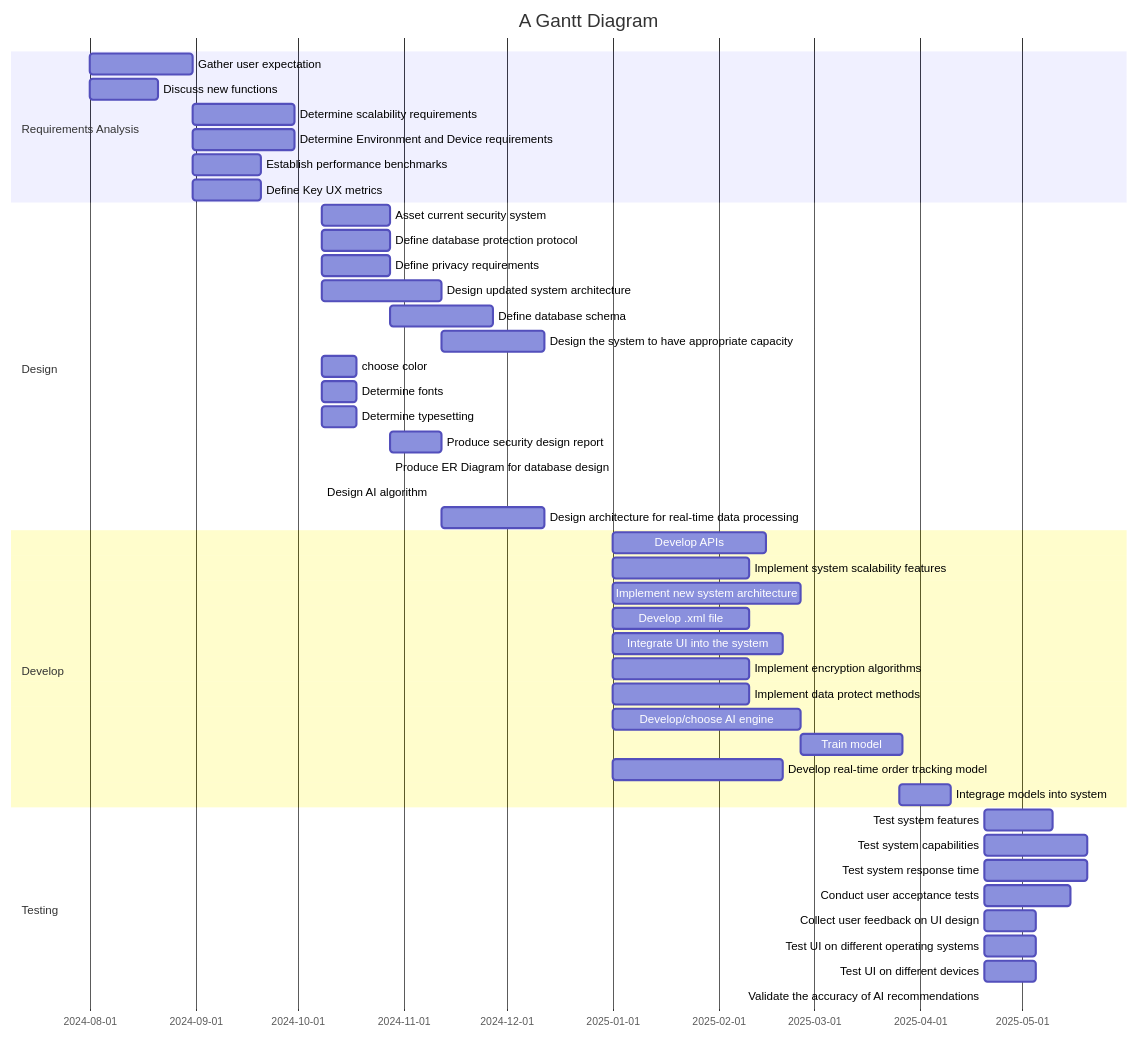
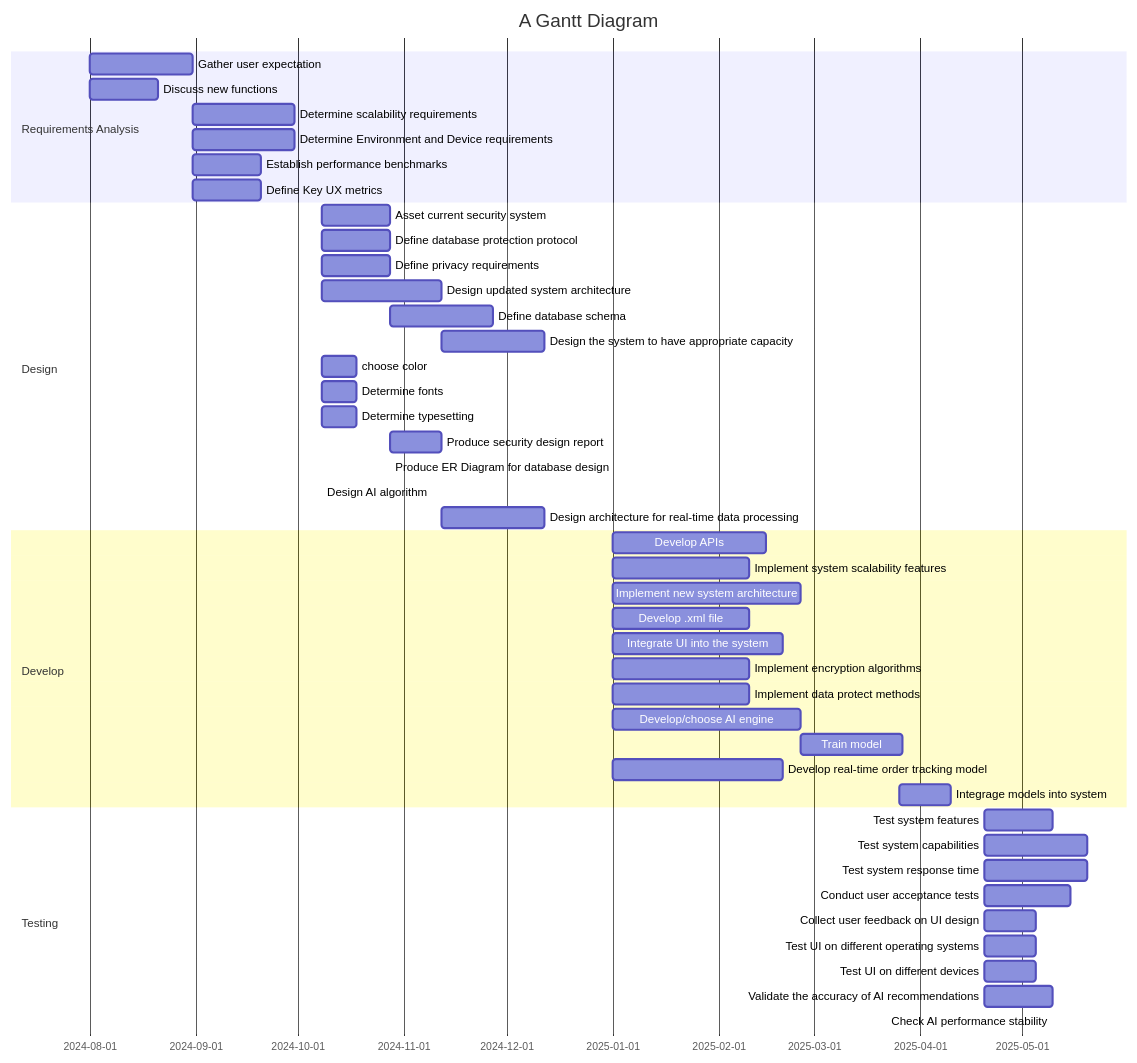
The diagram in all/Untitled-4.md (sayshelley/iodraw-files), drawn with Mermaid before and after one commit.

Commit message:
2024-10-11 18:34:06 update

````diff
--- a/all/Untitled-4.md
+++ b/all/Untitled-4.md
@@ -1,55 +1,56 @@
 ```mermaid
 gantt
     title A Gantt Diagram
     dateFormat  YYYY-MM-DD
     section Requirements Analysis
         Gather user expectation: a4, 2024-08-01, 30d
         Discuss new functions: a6, 2024-08-01, 20d
         Determine scalability requirements: a1, after a4, 30d
         Determine Environment and Device requirements: a2, after a4, 30d
         Establish performance benchmarks: a3, after a4, 20d
         Define Key UX metrics: a5, after a4, 20d
         
     section Design
         Asset current security system: b1, 2024-10-08, 20d
         Define database protection protocol: b2, 2024-10-08, 20d
         Define privacy requirements: b3, 2024-10-08, 20d
         Design updated system architecture: b4, 2024-10-08, 35d
         Define database schema: b5, after b2, 30d
         Design the system to have appropriate capacity: b6, after b4, 30d
         choose color: b7, 2024-10-08, 10d
         Determine fonts: b8, 2024-10-08, 10d
         Determine typesetting: b9, 2024-10-08, 10d
         Produce security design report: b10, 2024-10-28 ,15d
         Produce ER Diagram for database design: b11, 2024-10-28, 15
         Design AI algorithm: b12, 2024-10-08, 35
         Design architecture for real-time data processing: b13, 2024-11-12,30d
     section Develop
         Develop APIs: c1, 2025-01-01, 45d
         Implement system scalability features: c2, 2025-01-01, 40d
         Implement new system architecture: c3, 2025-01-01, 55d
         Develop .xml file: c4, 2025-01-01, 40d
         Integrate UI into the system: c5, 2025-01-01, 50d
         Implement encryption algorithms:c6, 2025-01-01, 40d
         Implement data protect methods: c7, 2025-01-01, 40d
         Develop/choose AI engine: c8, 2025-01-01, 55d
         Train model: c9, 2025-02-25, 30d
         Develop real-time order tracking model: c10, 2025-01-01, 50d
         Integrage models into system: c11, 2025-03-26, 15d
     section Testing
         Test system features: d1, 2025-04-20, 20d
         Test system capabilities: d2, 2025-04-20, 30d
         Test system response time: d3, 2025-04-20, 30d
         Conduct user acceptance tests: d4, 2025-04-20, 25d
         Collect user feedback on UI design: d5, 2025-04-20, 15d
         Test UI on different operating systems: d6, 2025-04-20, 15d
         Test UI on different devices: d7, 2025-04-20, 15d
-        Validate the accuracy of AI recommendations: d8, 2025-04-20, 2
+        Validate the accuracy of AI recommendations: d8, 2025-04-20, 20d
+        Check AI performance stability: d
     
         
 
     
 
 
    
 ```
````
